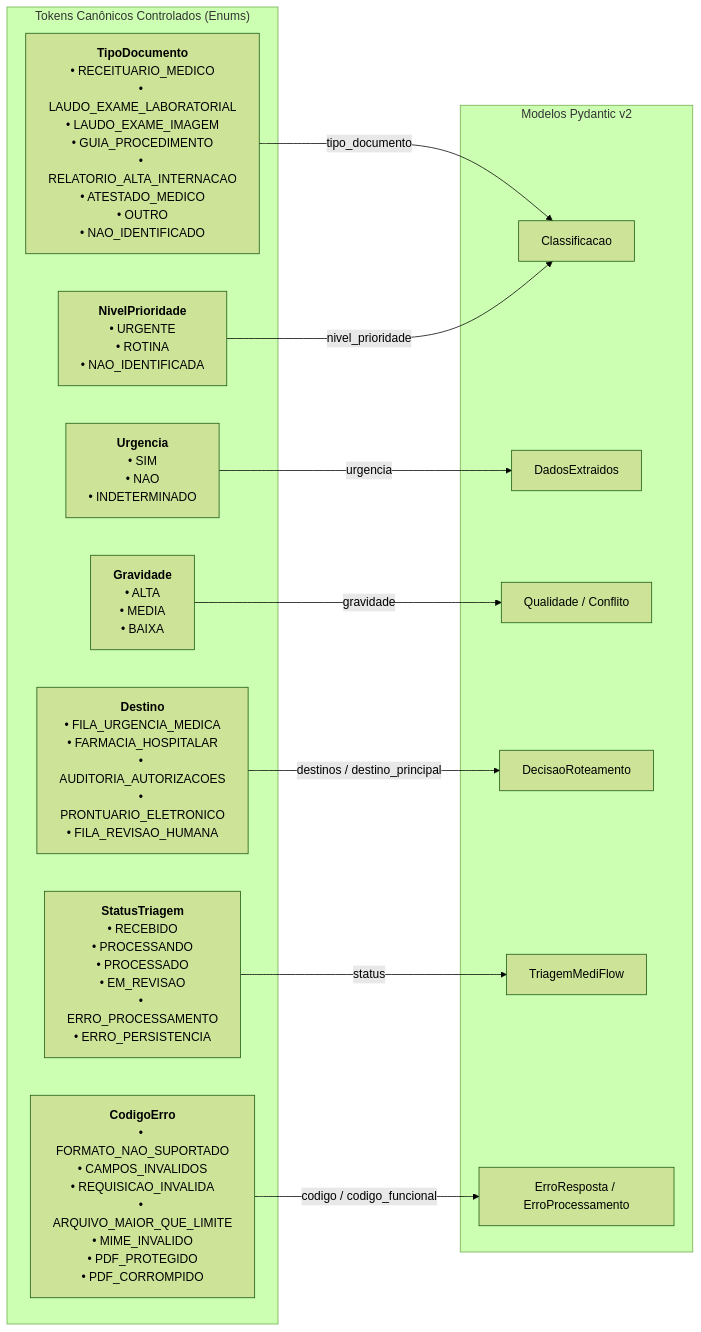
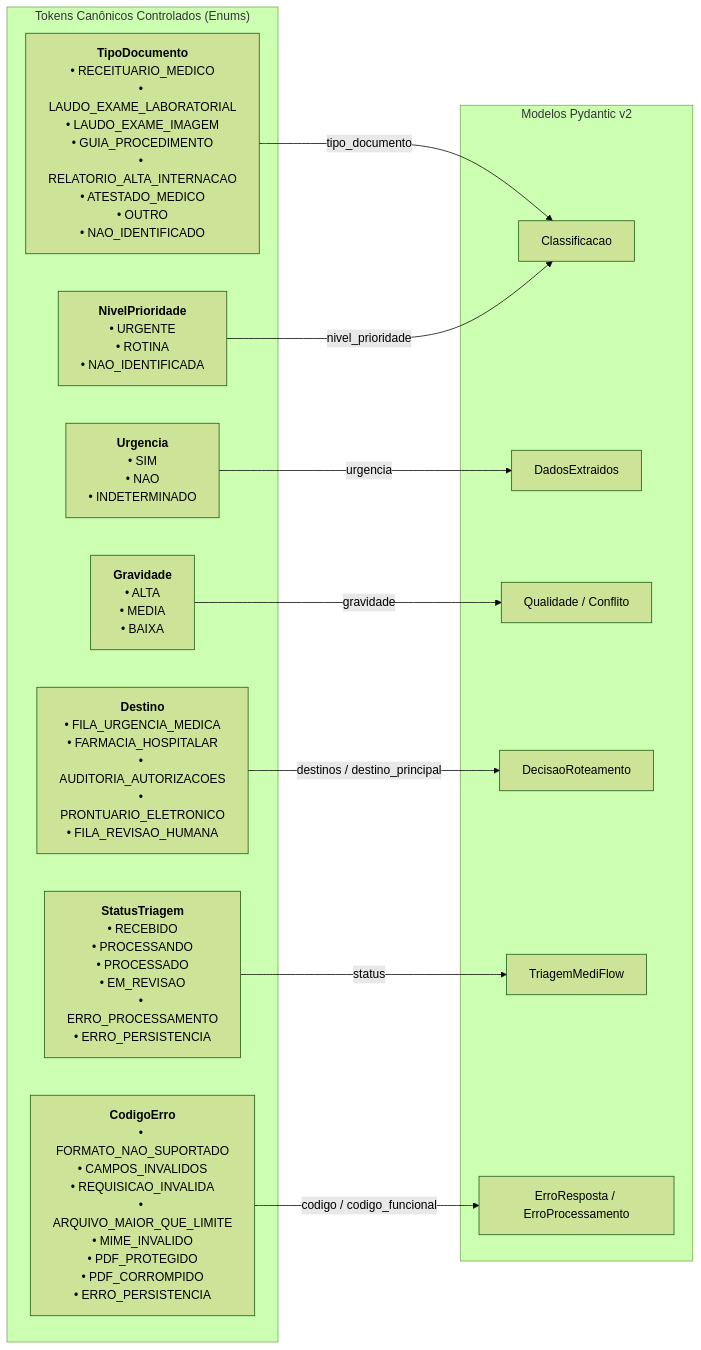
One commit to No-Country-simulation/g10-brasil-equipe-15_mediflow changed the second of 5 diagrams in docs/testes/VISUAL_SCHEMAS.md. Above: the diagram before and after it, drawn with Mermaid (forest theme). The commit also changed other lines of this file and 4 other files, not shown here.

````diff
--- a/docs/testes/VISUAL_SCHEMAS.md
+++ b/docs/testes/VISUAL_SCHEMAS.md
@@ -156,35 +156,35 @@
 ```mermaid
 graph LR
     subgraph ENUMS["Tokens Canônicos Controlados (Enums)"]
         TD["<b>TipoDocumento</b><br/>• RECEITUARIO_MEDICO<br/>• LAUDO_EXAME_LABORATORIAL<br/>• LAUDO_EXAME_IMAGEM<br/>• GUIA_PROCEDIMENTO<br/>• RELATORIO_ALTA_INTERNACAO<br/>• ATESTADO_MEDICO<br/>• OUTRO<br/>• NAO_IDENTIFICADO"]
         
         NP["<b>NivelPrioridade</b><br/>• URGENTE<br/>• ROTINA<br/>• NAO_IDENTIFICADA"]
         
         ST["<b>StatusTriagem</b><br/>• RECEBIDO<br/>• PROCESSANDO<br/>• PROCESSADO<br/>• EM_REVISAO<br/>• ERRO_PROCESSAMENTO<br/>• ERRO_PERSISTENCIA"]
         
         DS["<b>Destino</b><br/>• FILA_URGENCIA_MEDICA<br/>• FARMACIA_HOSPITALAR<br/>• AUDITORIA_AUTORIZACOES<br/>• PRONTUARIO_ELETRONICO<br/>• FILA_REVISAO_HUMANA"]
         
         UG["<b>Urgencia</b><br/>• SIM<br/>• NAO<br/>• INDETERMINADO"]
         
         GV["<b>Gravidade</b><br/>• ALTA<br/>• MEDIA<br/>• BAIXA"]
         
-        CE["<b>CodigoErro</b><br/>• FORMATO_NAO_SUPORTADO<br/>• CAMPOS_INVALIDOS<br/>• REQUISICAO_INVALIDA<br/>• ARQUIVO_MAIOR_QUE_LIMITE<br/>• MIME_INVALIDO<br/>• PDF_PROTEGIDO<br/>• PDF_CORROMPIDO"]
+        CE["<b>CodigoErro</b><br/>• FORMATO_NAO_SUPORTADO<br/>• CAMPOS_INVALIDOS<br/>• REQUISICAO_INVALIDA<br/>• ARQUIVO_MAIOR_QUE_LIMITE<br/>• MIME_INVALIDO<br/>• PDF_PROTEGIDO<br/>• PDF_CORROMPIDO<br/>• ERRO_PERSISTENCIA"]
     end
 
     subgraph SCHEMAS["Modelos Pydantic v2"]
         C["Classificacao"]
         DE["DadosExtraidos"]
         Q["Qualidade / Conflito"]
         DR["DecisaoRoteamento"]
         TMF["TriagemMediFlow"]
         ER["ErroResposta / ErroProcessamento"]
     end
 
     TD -->|tipo_documento| C
     NP -->|nivel_prioridade| C
     UG -->|urgencia| DE
     GV -->|gravidade| Q
     DS -->|destinos / destino_principal| DR
     ST -->|status| TMF
     CE -->|codigo / codigo_funcional| ER
 ```
````
